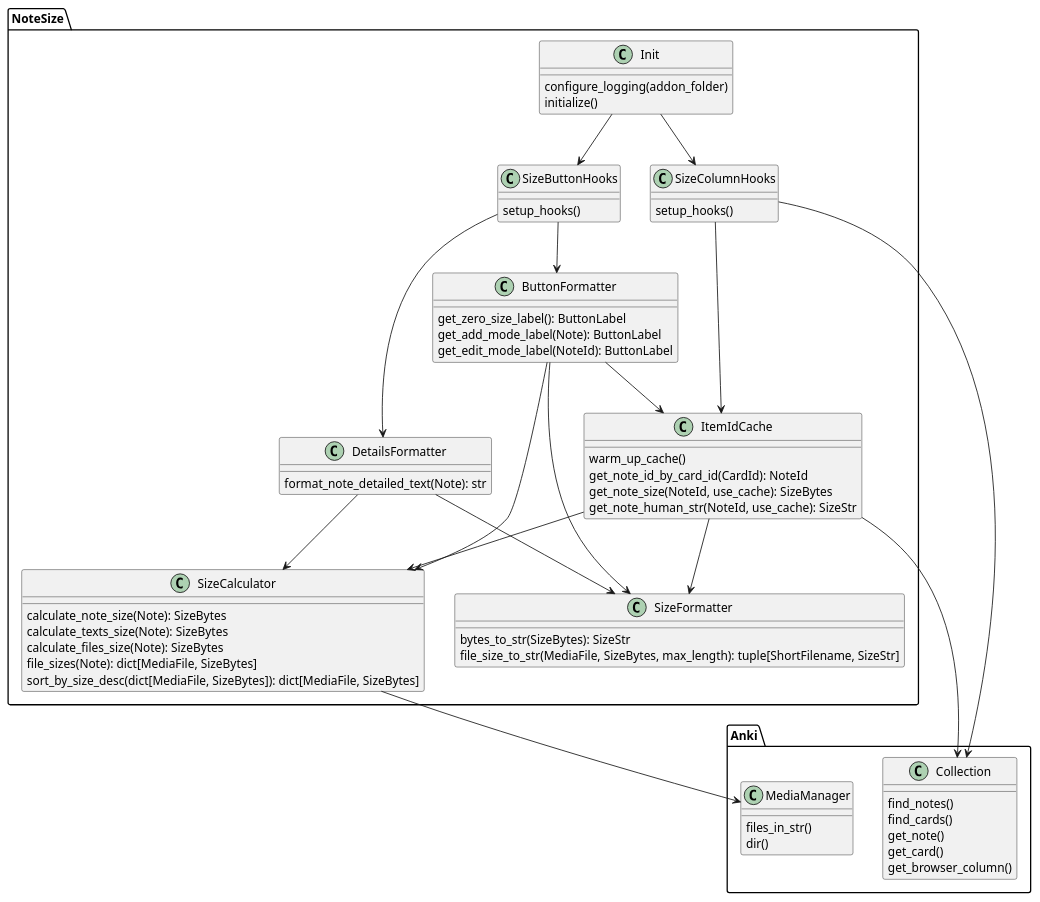
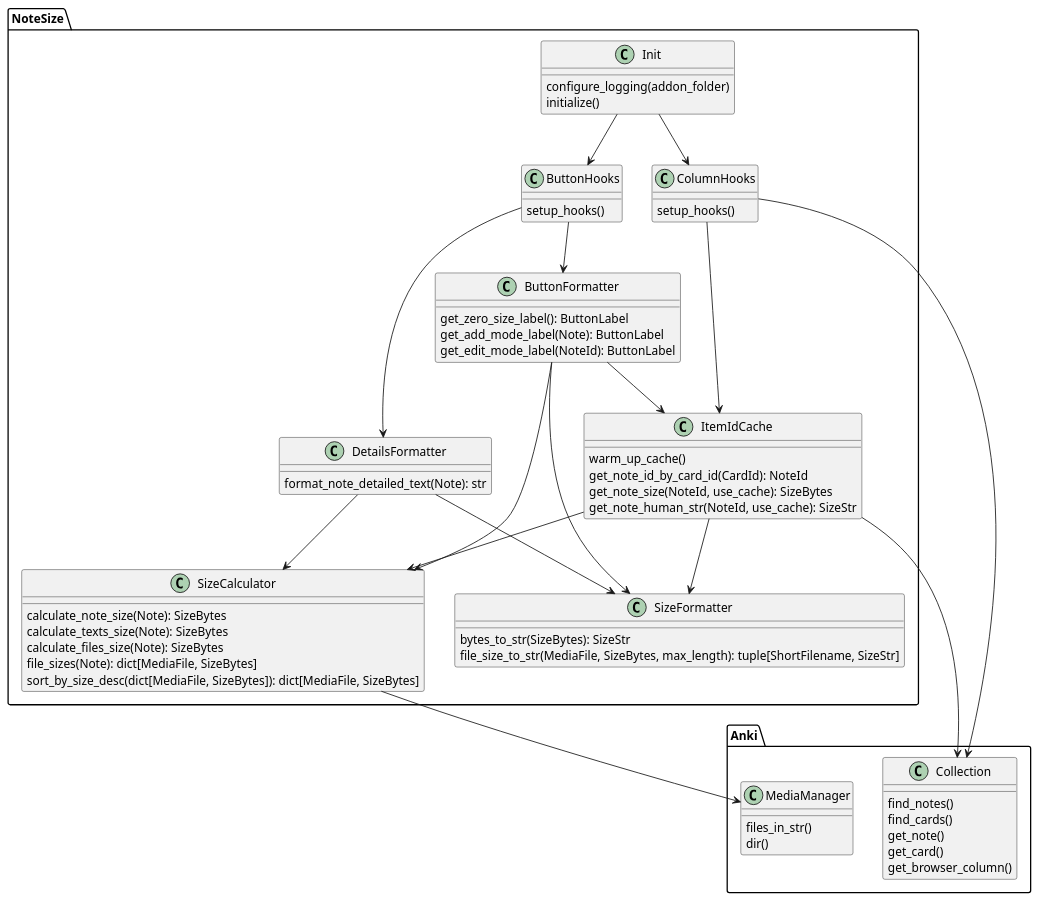
The diagram in docs/class_diagram.puml (Aleks-Ya/note-size-anki-addon), drawn with PlantUML before and after one commit. The commit also changed 4 other files, not shown here.

```diff
--- a/docs/class_diagram.puml
+++ b/docs/class_diagram.puml
@@ -1,81 +1,81 @@
 @startuml
 'https://plantuml.com/class-diagram
 
 package Anki {
     class Collection {
         find_notes()
         find_cards()
         get_note()
         get_card()
         get_browser_column()
     }
     class MediaManager {
         files_in_str()
         dir()
     }
 }
 
 package NoteSize {
     together {
-        class SizeButtonHooks {
+        class ButtonHooks {
             setup_hooks()
         }
-        class SizeColumnHooks {
+        class ColumnHooks {
             setup_hooks()
         }
     }
     class DetailsFormatter {
         format_note_detailed_text(Note): str
     }
     class ButtonFormatter {
         get_zero_size_label(): ButtonLabel
         get_add_mode_label(Note): ButtonLabel
         get_edit_mode_label(NoteId): ButtonLabel
     }
     class SizeCalculator {
         calculate_note_size(Note): SizeBytes
         calculate_texts_size(Note): SizeBytes
         calculate_files_size(Note): SizeBytes
         file_sizes(Note): dict[MediaFile, SizeBytes]
         sort_by_size_desc(dict[MediaFile, SizeBytes]): dict[MediaFile, SizeBytes]
     }
     class SizeFormatter {
         bytes_to_str(SizeBytes): SizeStr
         file_size_to_str(MediaFile, SizeBytes, max_length): tuple[ShortFilename, SizeStr]
     }
     class ItemIdCache {
         warm_up_cache()
         get_note_id_by_card_id(CardId): NoteId
         get_note_size(NoteId, use_cache): SizeBytes
         get_note_human_str(NoteId, use_cache): SizeStr
     }
     class Init {
         configure_logging(addon_folder)
         initialize()
     }
 }
 
-Init --> SizeColumnHooks
-Init --> SizeButtonHooks
+Init --> ColumnHooks
+Init --> ButtonHooks
 
-SizeButtonHooks --> ButtonFormatter
-SizeButtonHooks --> DetailsFormatter
+ButtonHooks --> ButtonFormatter
+ButtonHooks --> DetailsFormatter
 
 ButtonFormatter --> ItemIdCache
 ButtonFormatter --> SizeCalculator
 ButtonFormatter --> SizeFormatter
 
 DetailsFormatter --> SizeFormatter
 DetailsFormatter --> SizeCalculator
 
 SizeCalculator --> MediaManager
 
-SizeColumnHooks --> Collection
-SizeColumnHooks --> ItemIdCache
+ColumnHooks --> Collection
+ColumnHooks --> ItemIdCache
 
 ItemIdCache --> Collection
 ItemIdCache --> SizeCalculator
 ItemIdCache --> SizeFormatter
 
 
 @enduml
```
